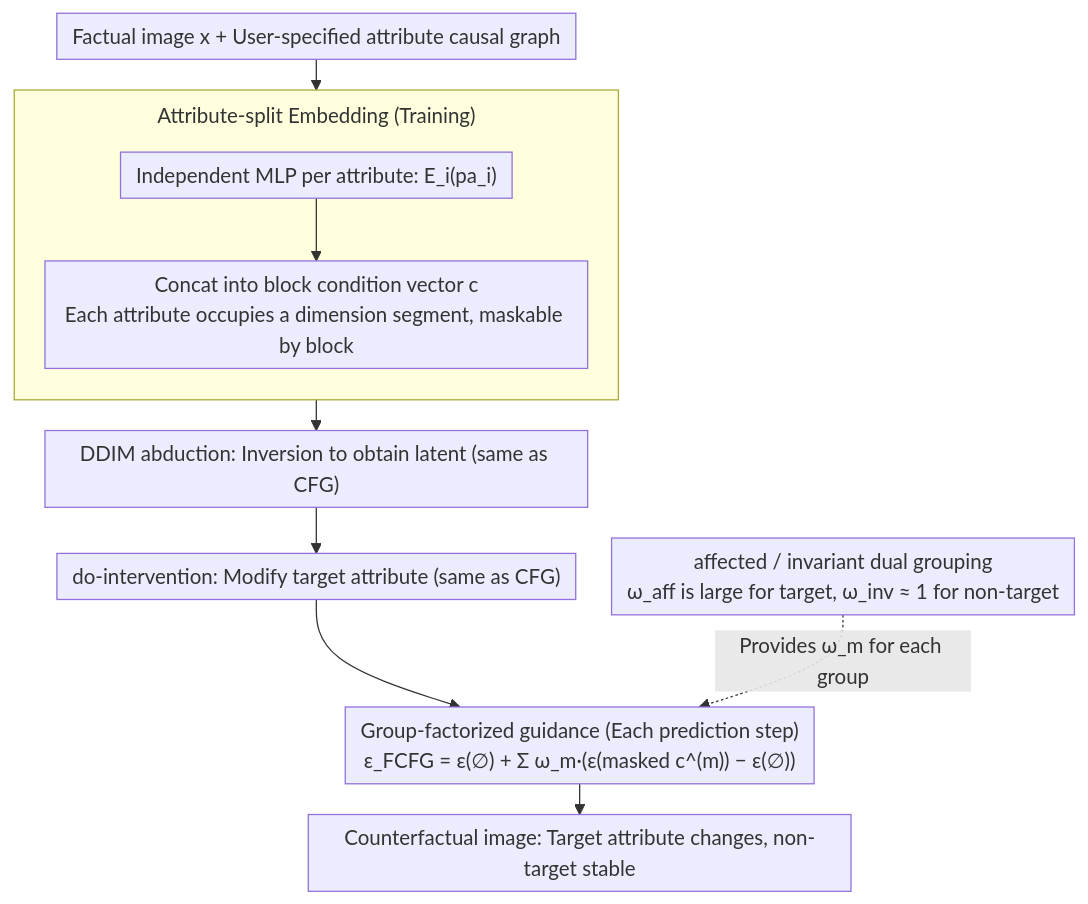
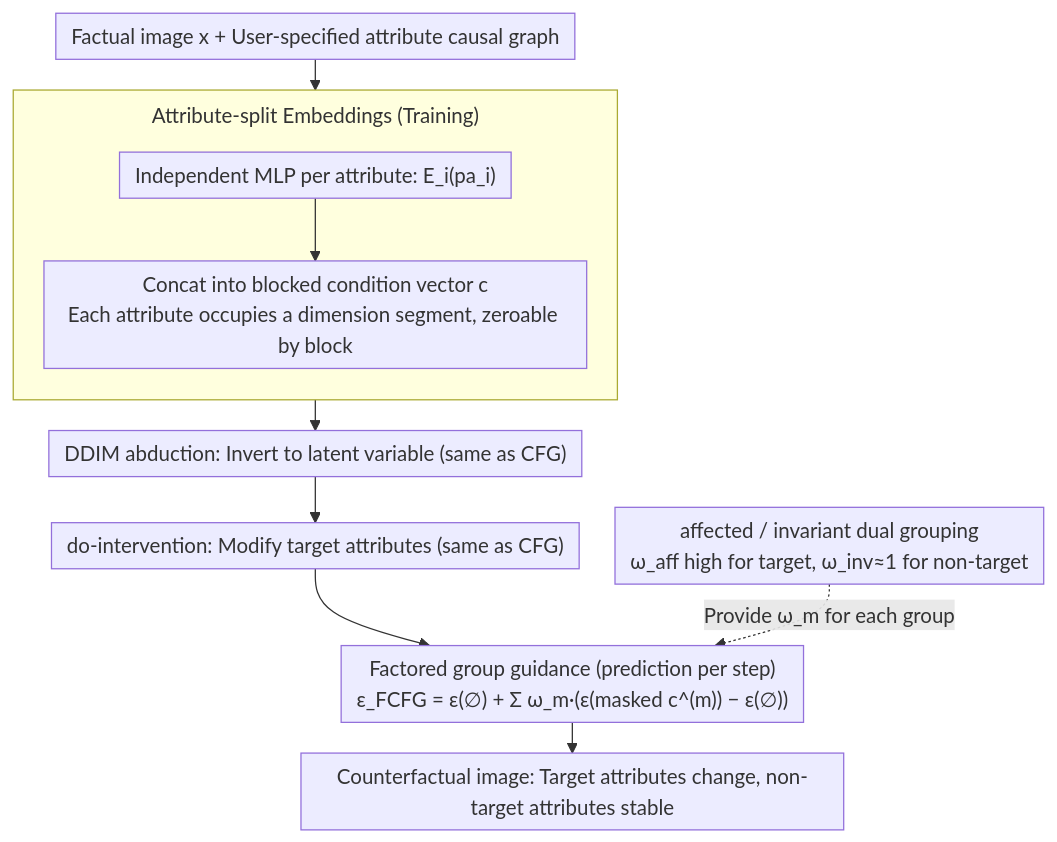
One commit to zhaoyang97/Paper-Notes-en changed the diagram in docs/ICML2026/medical_imaging/factored_classifier-free_guidance.md. Above: the diagram before and after it, drawn with Mermaid. The commit also changed other lines of this file and 5084 other files, not shown here.

````diff
--- a/docs/ICML2026/medical_imaging/factored_classifier-free_guidance.md
+++ b/docs/ICML2026/medical_imaging/factored_classifier-free_guidance.md
@@ -43,14 +43,14 @@
 ```mermaid
 %%{init: {'flowchart': {'rankSpacing': 24, 'nodeSpacing': 28, 'padding': 6, 'wrappingWidth': 400, 'subGraphTitleMargin': {'top': 8, 'bottom': 16}}}}%%
 flowchart TD
     A["Factual image x + User-specified attribute causal graph"] --> EMB
-    subgraph EMB["Attribute-split Embedding (Training)"]
+    subgraph EMB["Attribute-split Embeddings (Training)"]
         direction TB
-        B["Independent MLP per attribute: E_i(pa_i)"] --> C["Concat into block condition vector c<br/>Each attribute occupies a dimension segment, maskable by block"]
+        B["Independent MLP per attribute: E_i(pa_i)"] --> C["Concat into blocked condition vector c<br/>Each attribute occupies a dimension segment, zeroable by block"]
     end
-    EMB --> D["DDIM abduction: Inversion to obtain latent (same as CFG)"]
-    D --> E["do-intervention: Modify target attribute (same as CFG)"]
-    E --> F["Group-factorized guidance (Each prediction step)<br/>ε_FCFG = ε(∅) + Σ ω_m·(ε(masked c^(m)) − ε(∅))"]
-    G["affected / invariant dual grouping<br/>ω_aff is large for target, ω_inv ≈ 1 for non-target"] -.->|Provides ω_m for each group| F
-    F --> H["Counterfactual image: Target attribute changes, non-target stable"]
+    EMB --> D["DDIM abduction: Invert to latent variable (same as CFG)"]
+    D --> E["do-intervention: Modify target attributes (same as CFG)"]
+    E --> F["Factored group guidance (prediction per step)<br/>ε_FCFG = ε(∅) + Σ ω_m·(ε(masked c^(m)) − ε(∅))"]
+    G["affected / invariant dual grouping<br/>ω_aff high for target, ω_inv≈1 for non-target"] -.->|Provide ω_m for each group| F
+    F --> H["Counterfactual image: Target attributes change, non-target attributes stable"]
 ```
````
